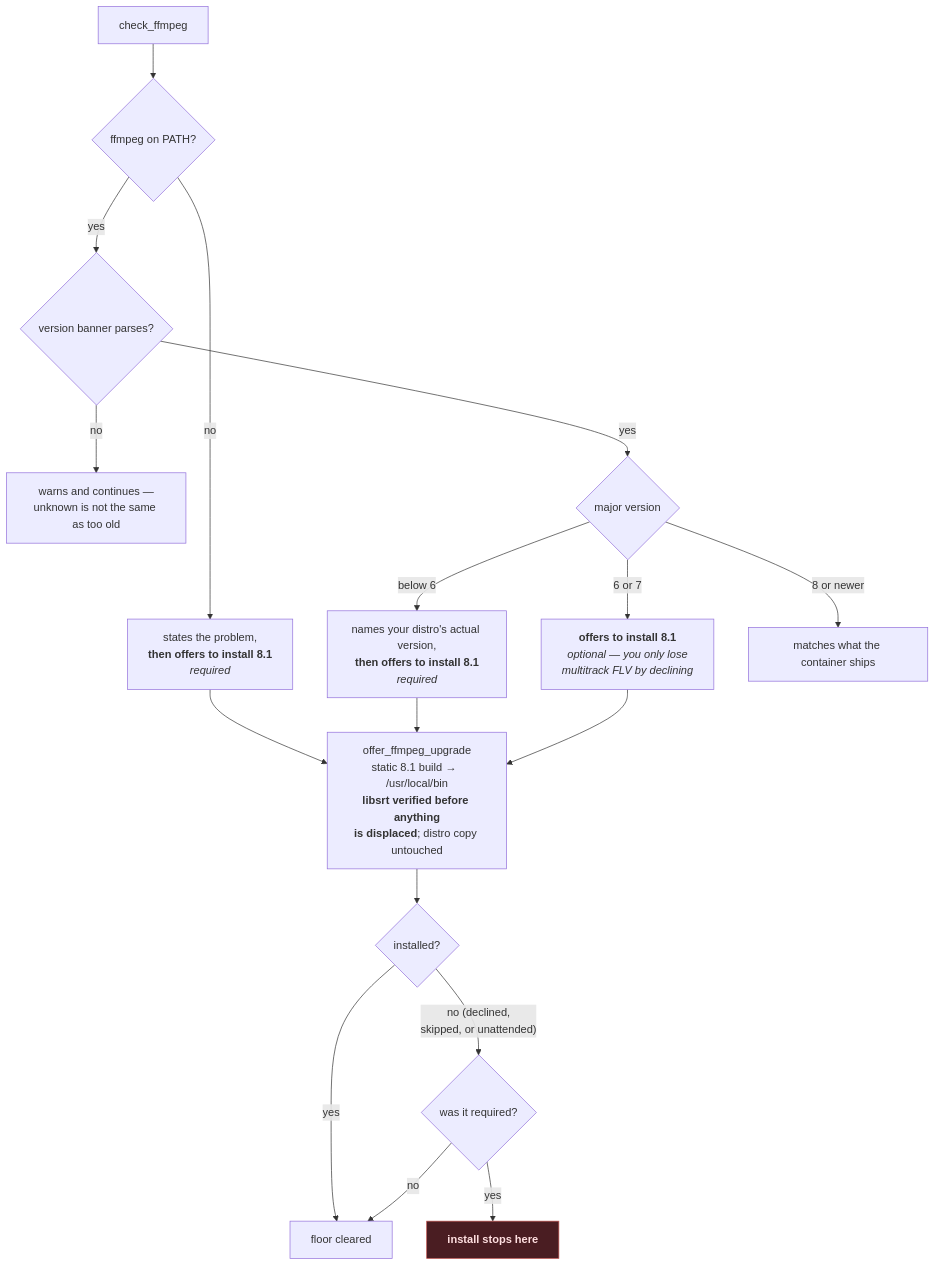
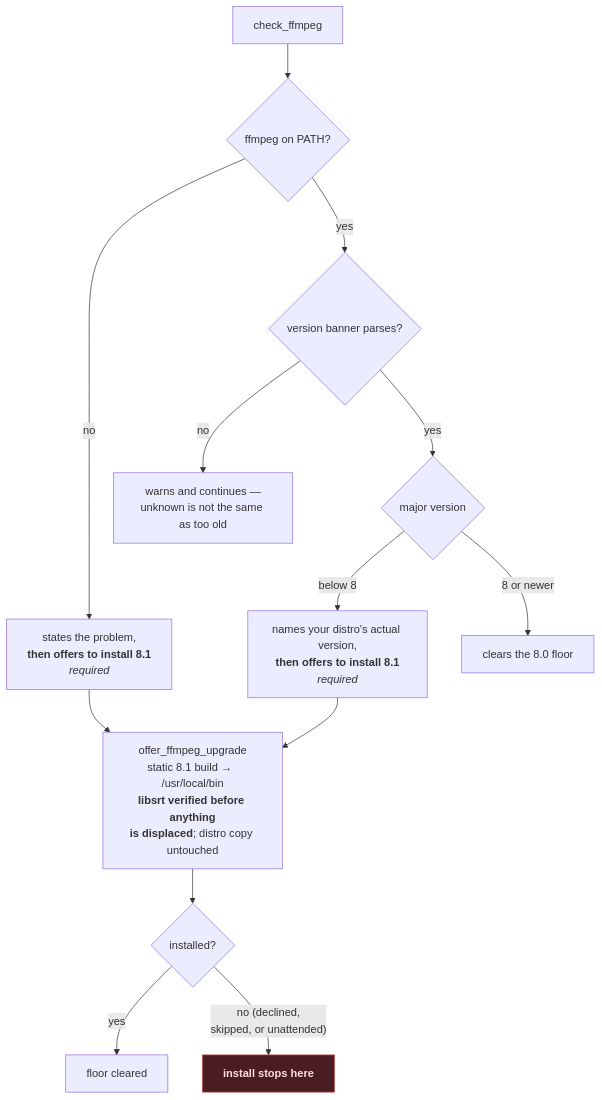
Before and after one commit to rainmanjam/polyemesis: the second of 2 diagrams in docs/INSTALL.md, drawn with Mermaid. The commit also changed other lines of this file and 46 other files, not shown here.

````diff
--- a/docs/INSTALL.md
+++ b/docs/INSTALL.md
@@ -94,26 +94,22 @@
 ```mermaid
 flowchart TD
     a["check_ffmpeg"] --> onpath{"ffmpeg on PATH?"}
     onpath -- no --> none["states the problem,<br/><b>then offers to install 8.1</b><br/><i>required</i>"]
     onpath -- yes --> parse{"version banner parses?"}
     parse -- no --> unknown["warns and continues —<br/>unknown is not the same as too old"]
     parse -- yes --> major{"major version"}
 
-    major -- "below 6" --> tooold["names your distro's actual version,<br/><b>then offers to install 8.1</b><br/><i>required</i>"]
-    major -- "6 or 7" --> old["<b>offers to install 8.1</b><br/><i>optional — you only lose<br/>multitrack FLV by declining</i>"]
-    major -- "8 or newer" --> fine["matches what the container ships"]
+    major -- "below 8" --> tooold["names your distro's actual version,<br/><b>then offers to install 8.1</b><br/><i>required</i>"]
+    major -- "8 or newer" --> fine["clears the 8.0 floor"]
 
     none --> offer
     tooold --> offer
-    old --> offer
 
     offer["offer_ffmpeg_upgrade<br/>static 8.1 build →  /usr/local/bin<br/><b>libsrt verified before anything<br/>is displaced</b>; distro copy untouched"]
     offer --> took{"installed?"}
     took -- yes --> okpath["floor cleared"]
-    took -- "no (declined,<br/>skipped, or unattended)" --> verdict{"was it required?"}
-    verdict -- yes --> stop["<b>install stops here</b>"]
-    verdict -- no --> okpath
+    took -- "no (declined,<br/>skipped, or unattended)" --> stop["<b>install stops here</b>"]
 
     stop:::halt
     classDef halt fill:#4a1d22,stroke:#c0524f,color:#ffdfe0
 ```
````
